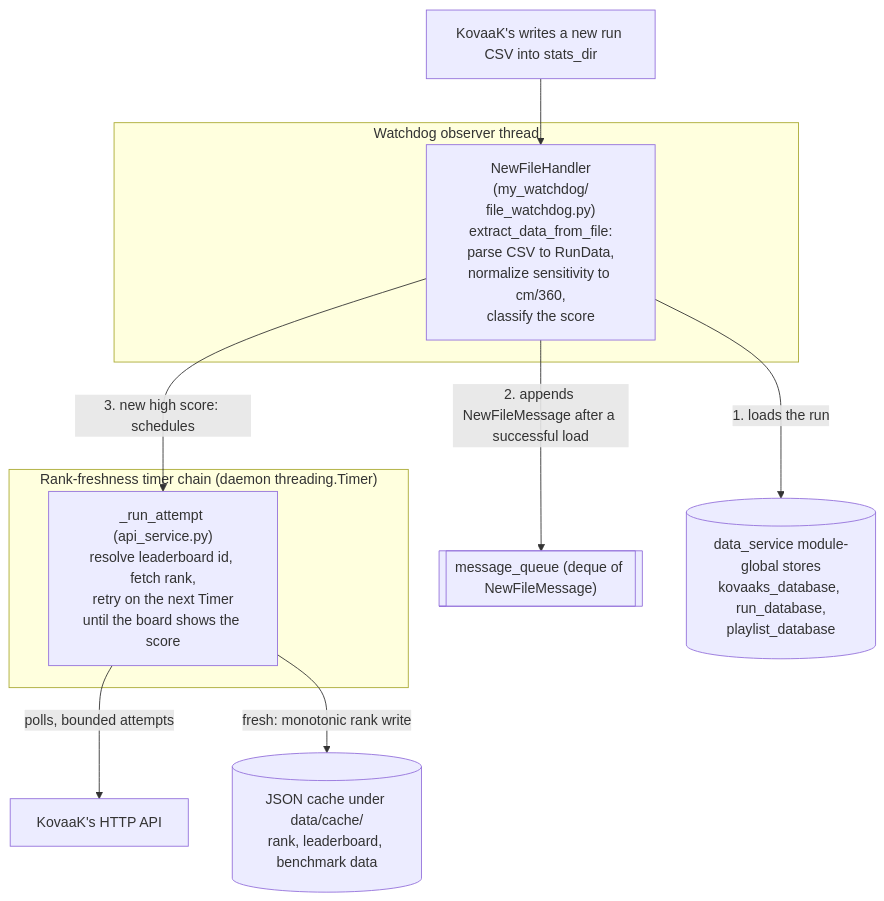
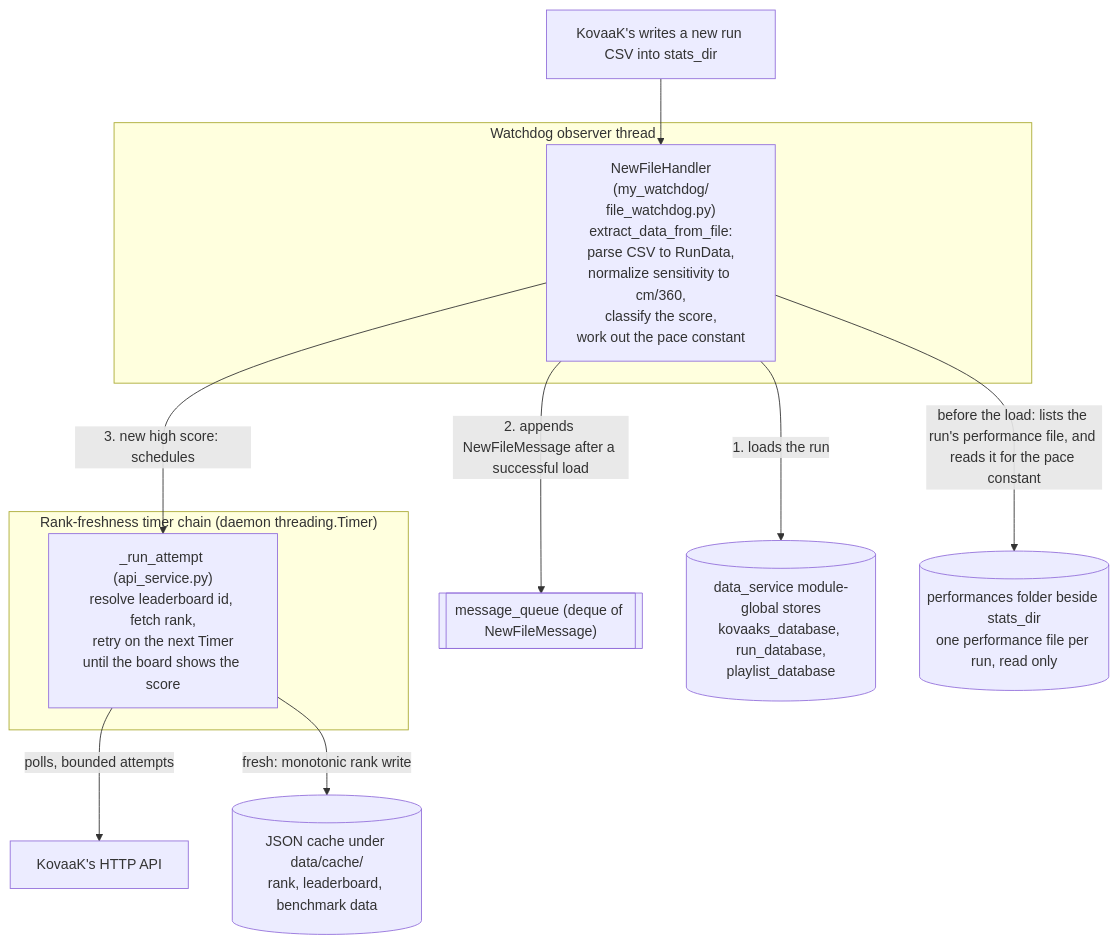
The first of 3 diagrams in docs/architecture.md (MingoDynasty/Corporate-Serf-Dashboard), drawn with Mermaid before and after one commit. The commit also changed other lines of this file and 10 other files, not shown here.

````diff
--- a/docs/architecture.md
+++ b/docs/architecture.md
@@ -44,24 +45,26 @@
 ```mermaid
 flowchart TD
     Game["KovaaK's writes a new run CSV into stats_dir"]
 
     subgraph Watchdog["Watchdog observer thread"]
-        Handler["NewFileHandler<br/>(my_watchdog/<br/>file_watchdog.py)<br/>extract_data_from_file:<br/>parse CSV to RunData,<br/>normalize sensitivity to cm/360,<br/>classify the score"]
+        Handler["NewFileHandler<br/>(my_watchdog/<br/>file_watchdog.py)<br/>extract_data_from_file:<br/>parse CSV to RunData,<br/>normalize sensitivity to cm/360,<br/>classify the score,<br/>work out the pace constant"]
     end
 
     subgraph Timers["Rank-freshness timer chain (daemon threading.Timer)"]
         Attempt["_run_attempt (api_service.py)<br/>resolve leaderboard id, fetch rank,<br/>retry on the next Timer<br/>until the board shows the score"]
     end
 
     Queue[["message_queue (deque of NewFileMessage)"]]
     Stores[("data_service module-global stores<br/>kovaaks_database, run_database,<br/>playlist_database")]
     Cache[("JSON cache under data/cache/<br/>rank, leaderboard, benchmark data")]
     API["KovaaK's HTTP API"]
+    Perf[("performances folder beside stats_dir<br/>one performance file per run, read only")]
 
     Game --> Handler
+    Handler -->|"before the load: lists the run's performance file, and reads it for the pace constant"| Perf
     Handler -->|"1. loads the run"| Stores
     Handler -->|"2. appends NewFileMessage after a successful load"| Queue
     Handler -->|"3. new high score: schedules"| Attempt
     Attempt -->|"polls, bounded attempts"| API
     Attempt -->|"fresh: monotonic rank write"| Cache
 ```
````
